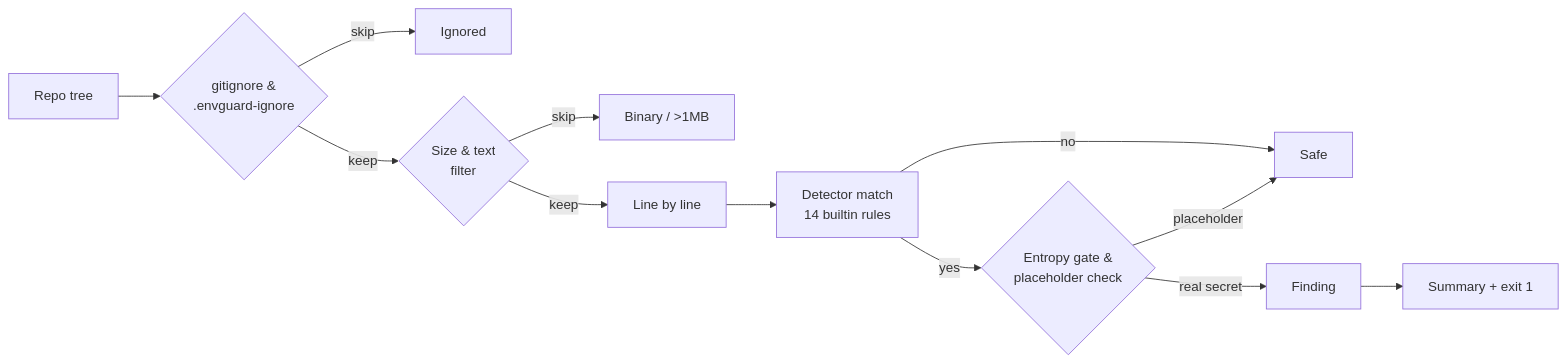
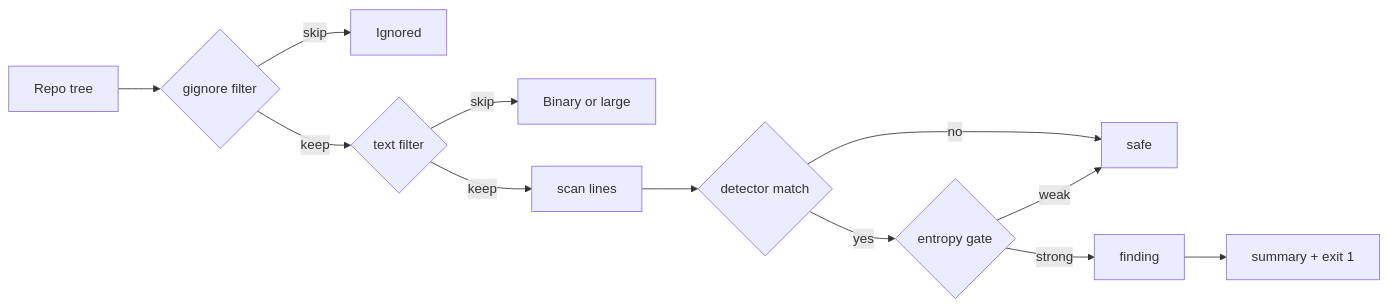
Before and after one commit to honeyamn10-source/envguard: the diagram in README.md, drawn with Mermaid.

Commit message:
docs: simplify scan-pipeline diagram to safer Mermaid syntax

````diff
--- a/README.md
+++ b/README.md
@@ -55,14 +55,14 @@
 ```mermaid
 flowchart LR
-    A[Repo tree] --> B{gitignore &<br/>.envguard-ignore}
+    A[Repo tree] --> B{gignore filter}
     B -- skip --> X[Ignored]
-    B -- keep --> C{Size & text<br/>filter}
-    C -- skip --> Y[Binary / >1MB]
-    C -- keep --> D[Line by line]
-    D --> E[Detector match<br/>14 builtin rules]
-    E -- no --> F[Safe]
-    E -- yes --> G{Entropy gate &<br/>placeholder check}
-    G -- placeholder --> F
-    G -- real secret --> H[Finding]
-    H --> I[Summary + exit 1]
+    B -- keep --> C{text filter}
+    C -- skip --> Y[Binary or large]
+    C -- keep --> D[scan lines]
+    D --> E{detector match}
+    E -- no --> F[safe]
+    E -- yes --> G{entropy gate}
+    G -- weak --> F
+    G -- strong --> H[finding]
+    H --> I[summary + exit 1]
 ```
````
